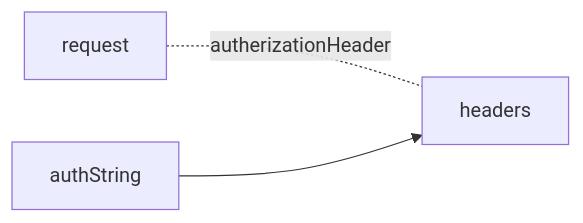
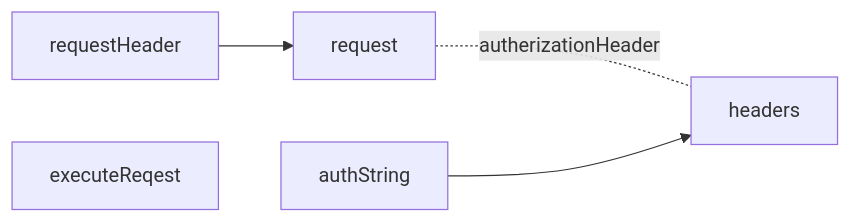
One commit to gordianknotC/nxp_note changed the fifth of 7 diagrams in newage/astro.md. Above: the diagram before and after it, drawn with Mermaid. The commit also changed other lines of this file, not shown here.

Commit message:
newage/astro.md updated from https://stackedit.io/

````diff
--- a/newage/astro.md
+++ b/newage/astro.md
@@ -66,6 +66,9 @@
 ```mermaid
 graph LR
 request -.-|autherizationHeader| headers
 authString --> headers
 
+requestHeader --> request
+
+executeReqest
 ```
````
